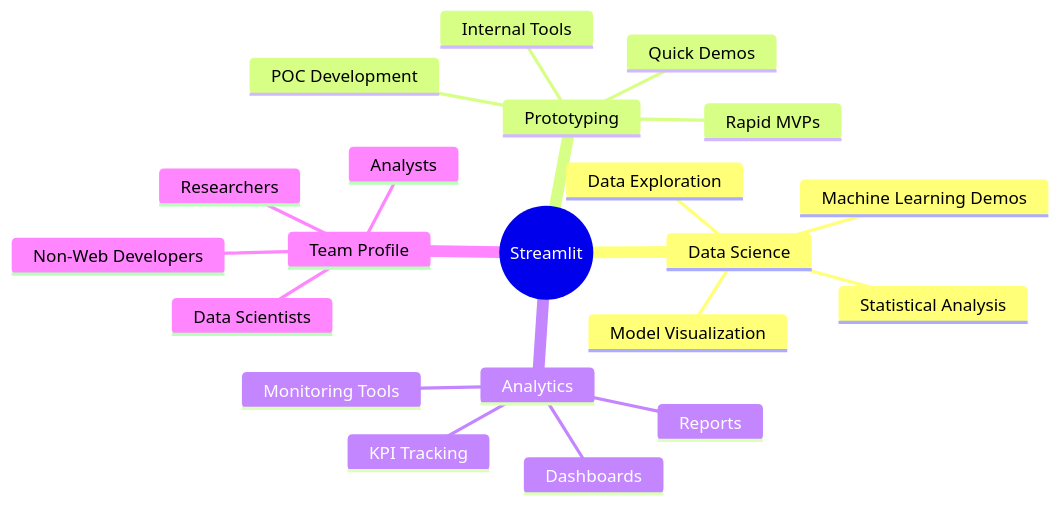
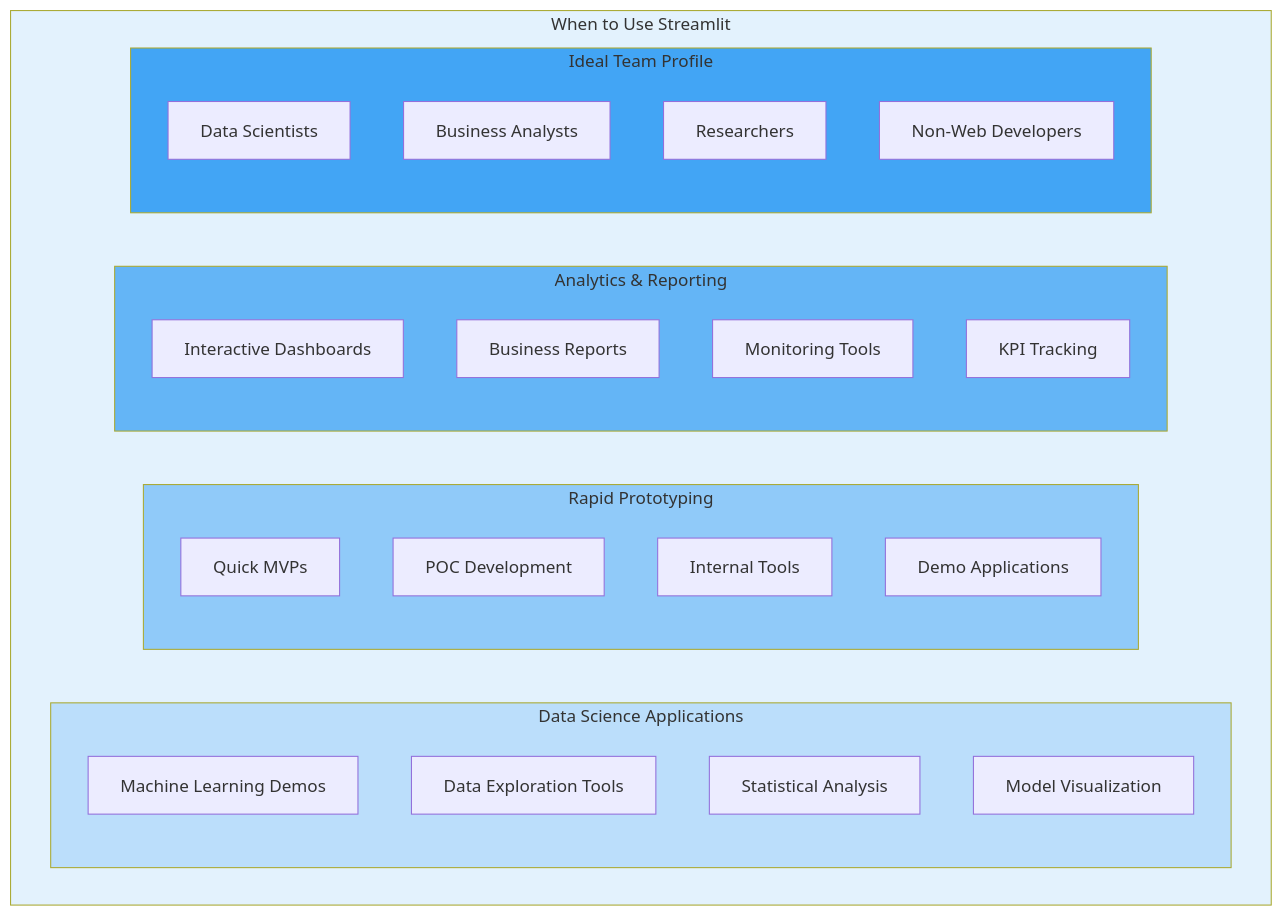
One commit to buerbaumer/streamlit_MOL changed the fifth of 21 diagrams in streamlit_vs_flask.md. Above: the diagram before and after it, drawn with Mermaid. The commit also changed other lines of this file, not shown here.

Commit message:
Update mindmap diagrams for Streamlit and Flask

````diff
--- a/streamlit_vs_flask.md
+++ b/streamlit_vs_flask.md
@@ -179,24 +179,38 @@
 ```mermaid
-mindmap
-    root((Streamlit))
-        Data Science
-            Machine Learning Demos
-            Data Exploration
-            Statistical Analysis
-            Model Visualization
-        Prototyping
-            Rapid MVPs
-            POC Development
-            Internal Tools
-            Quick Demos
-        Analytics
-            Dashboards
-            Reports
-            Monitoring Tools
-            KPI Tracking
-        Team Profile
-            Data Scientists
-            Analysts
-            Researchers
-            Non-Web Developers
+graph TD
+    subgraph StreamlitUseCases[When to Use Streamlit]
+        subgraph DataScience[Data Science Applications]
+            DS1[Machine Learning Demos]
+            DS2[Data Exploration Tools]
+            DS3[Statistical Analysis]
+            DS4[Model Visualization]
+        end
+
+        subgraph Prototyping[Rapid Prototyping]
+            PR1[Quick MVPs]
+            PR2[POC Development]
+            PR3[Internal Tools]
+            PR4[Demo Applications]
+        end
+
+        subgraph Analytics[Analytics & Reporting]
+            AN1[Interactive Dashboards]
+            AN2[Business Reports]
+            AN3[Monitoring Tools]
+            AN4[KPI Tracking]
+        end
+
+        subgraph TeamProfile[Ideal Team Profile]
+            TP1[Data Scientists]
+            TP2[Business Analysts]
+            TP3[Researchers]
+            TP4[Non-Web Developers]
+        end
+    end
+
+    style StreamlitUseCases fill:#e3f2fd
+    style DataScience fill:#bbdefb
+    style Prototyping fill:#90caf9
+    style Analytics fill:#64b5f6
+    style TeamProfile fill:#42a5f5
 ```
````
